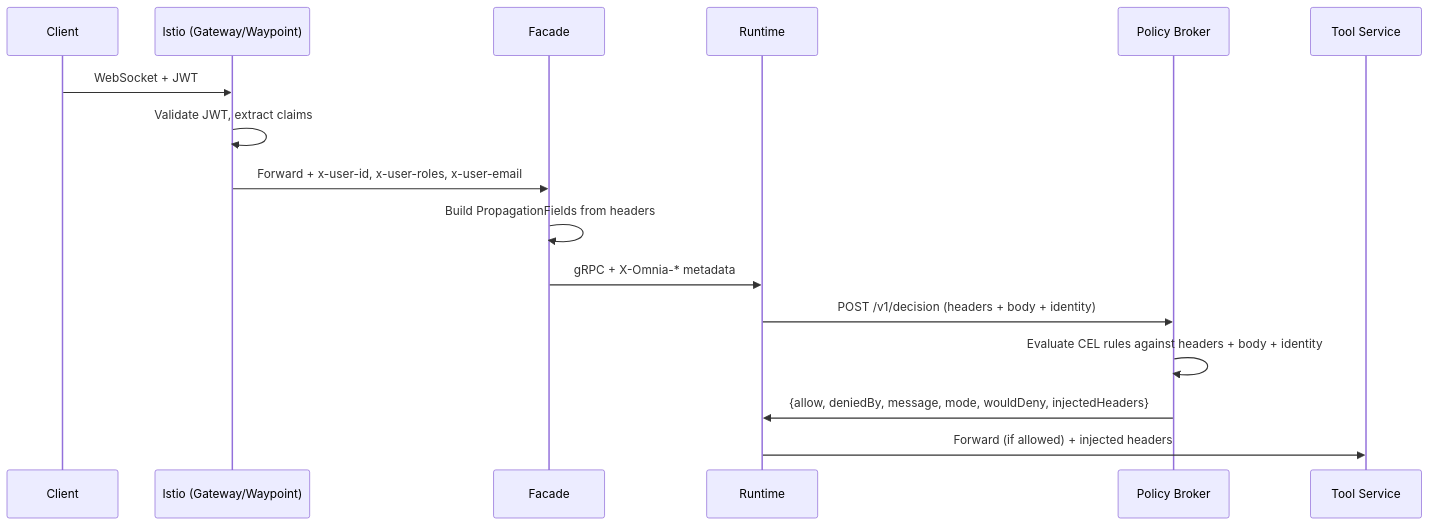
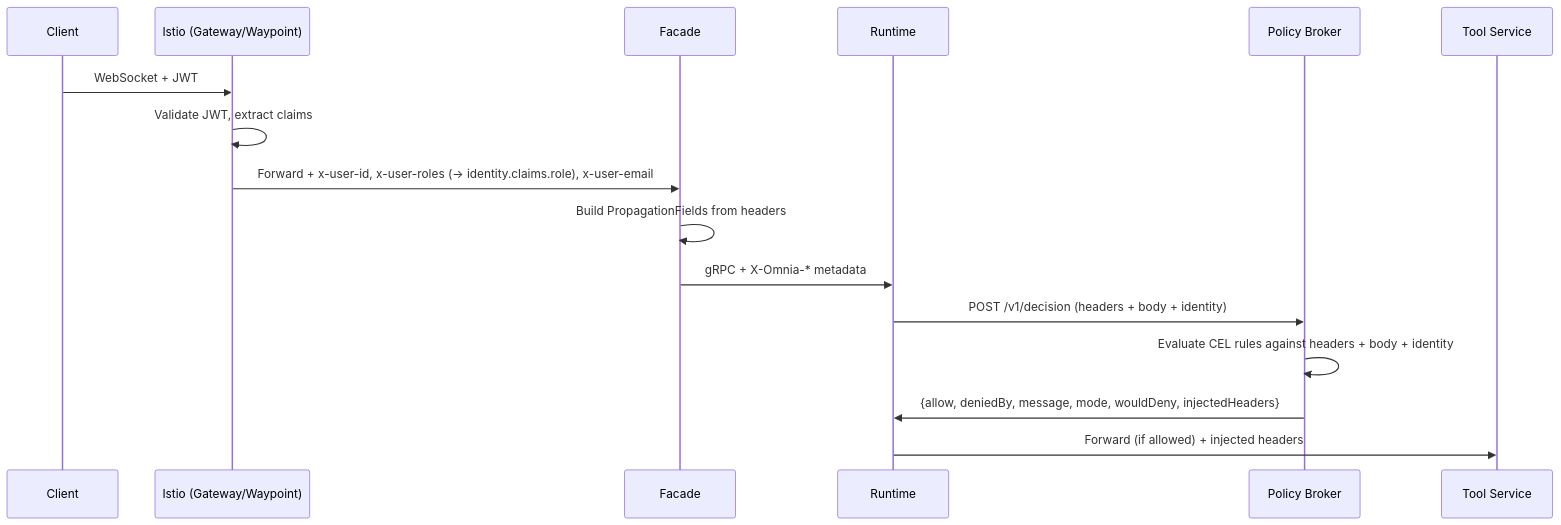
Before and after one commit to AltairaLabs/Omnia: the second of 3 diagrams in docs/src/content/docs/explanation/security/policy-engine.md, drawn with Mermaid. The commit also changed other lines of this file and 3 other files, not shown here.

````diff
--- a/docs/src/content/docs/explanation/security/policy-engine.md
+++ b/docs/src/content/docs/explanation/security/policy-engine.md
@@ -76,19 +76,19 @@
 ```mermaid
 sequenceDiagram
     participant Client
     participant Istio as Istio (Gateway/Waypoint)
     participant Facade
     participant Runtime
     participant Broker as Policy Broker
     participant Tool as Tool Service
 
     Client->>Istio: WebSocket + JWT
     Istio->>Istio: Validate JWT, extract claims
-    Istio->>Facade: Forward + x-user-id, x-user-roles, x-user-email
+    Istio->>Facade: Forward + x-user-id, x-user-roles (→ identity.claims.role), x-user-email
     Facade->>Facade: Build PropagationFields from headers
     Facade->>Runtime: gRPC + X-Omnia-* metadata
     Runtime->>Broker: POST /v1/decision (headers + body + identity)
     Broker->>Broker: Evaluate CEL rules against headers + body + identity
     Broker->>Runtime: {allow, deniedBy, message, mode, wouldDeny, injectedHeaders}
     Runtime->>Tool: Forward (if allowed) + injected headers
 ```
````
